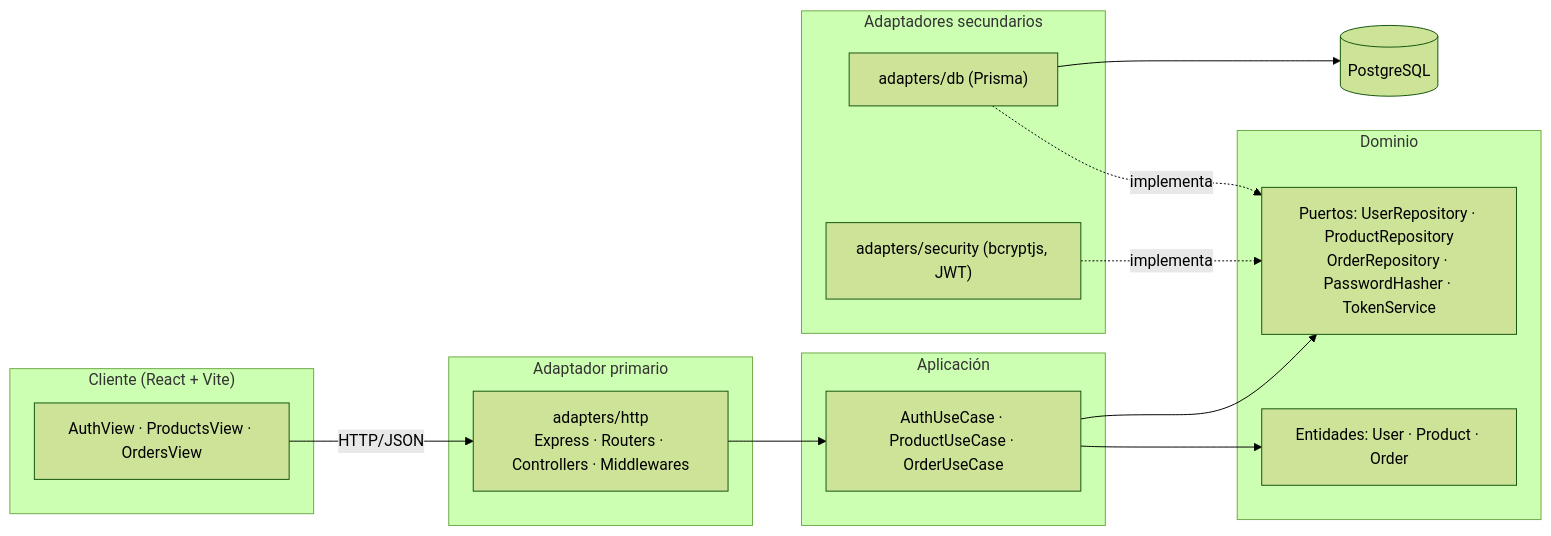
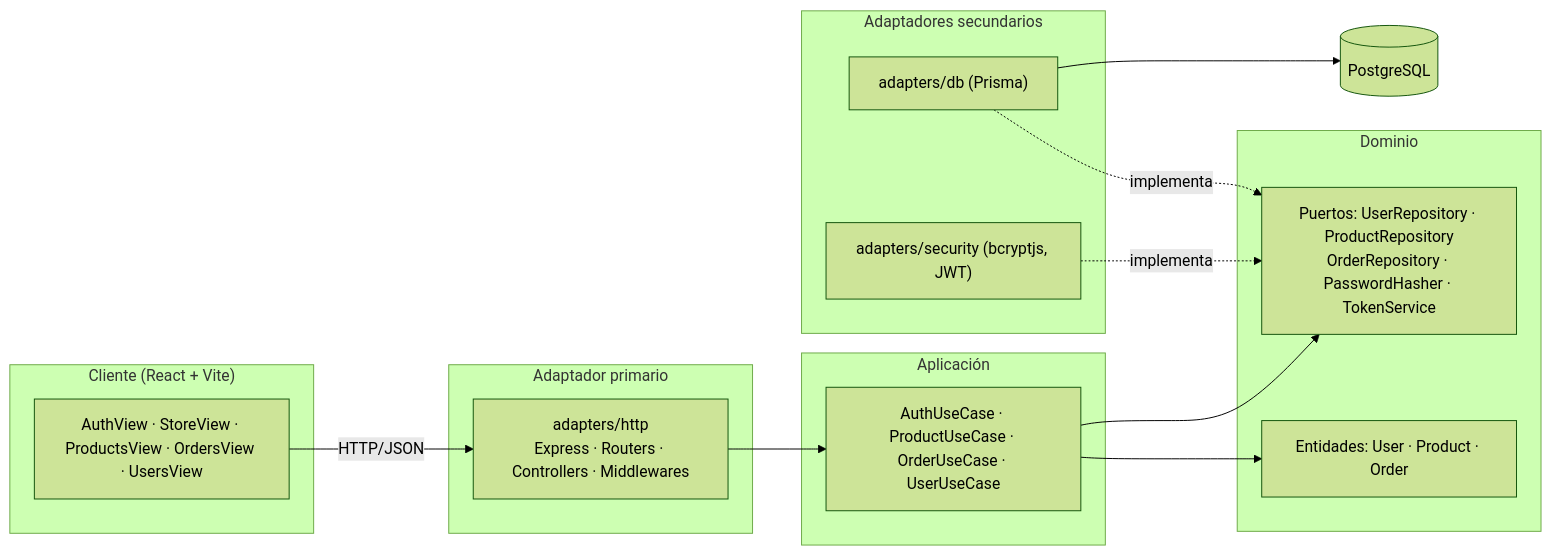
One commit to Rorre12/ecommerce-practica changed the first of 3 diagrams in docs/arquitectura.md. Above: the diagram before and after it, drawn with Mermaid (forest theme). The commit also changed other lines of this file and 57 other files, not shown here.

````diff
--- a/docs/arquitectura.md
+++ b/docs/arquitectura.md
@@ -9,32 +9,32 @@
 ```mermaid
 flowchart LR
     subgraph CLIENT["Cliente (React + Vite)"]
-        UI["AuthView · ProductsView · OrdersView"]
+        UI["AuthView · StoreView · ProductsView · OrdersView · UsersView"]
     end
 
     subgraph IN["Adaptador primario"]
         HTTP["adapters/http<br/>Express · Routers · Controllers · Middlewares"]
     end
 
     subgraph APP["Aplicación"]
-        UC["AuthUseCase · ProductUseCase · OrderUseCase"]
+        UC["AuthUseCase · ProductUseCase · OrderUseCase · UserUseCase"]
     end
 
     subgraph DOMAIN["Dominio"]
         ENT["Entidades: User · Product · Order"]
         PORTS["Puertos: UserRepository · ProductRepository<br/>OrderRepository · PasswordHasher · TokenService"]
     end
 
     subgraph OUT["Adaptadores secundarios"]
         DB["adapters/db (Prisma)"]
         SEC["adapters/security (bcryptjs, JWT)"]
     end
 
     PG[("PostgreSQL")]
 
     UI -- "HTTP/JSON" --> HTTP --> UC --> ENT
     UC --> PORTS
     DB -. implementa .-> PORTS
     SEC -. implementa .-> PORTS
     DB --> PG
 ```
````
